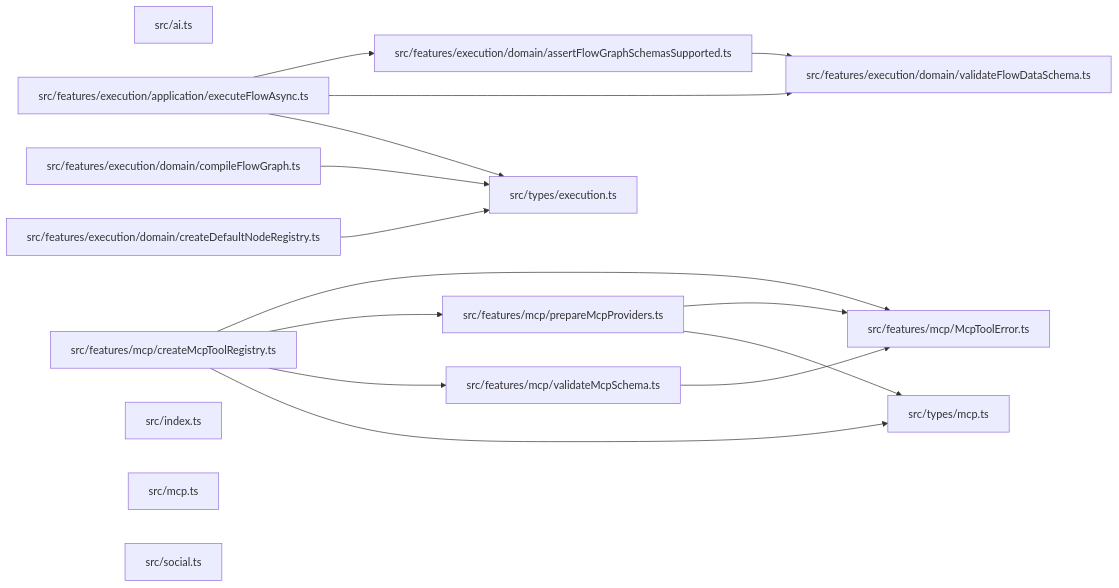
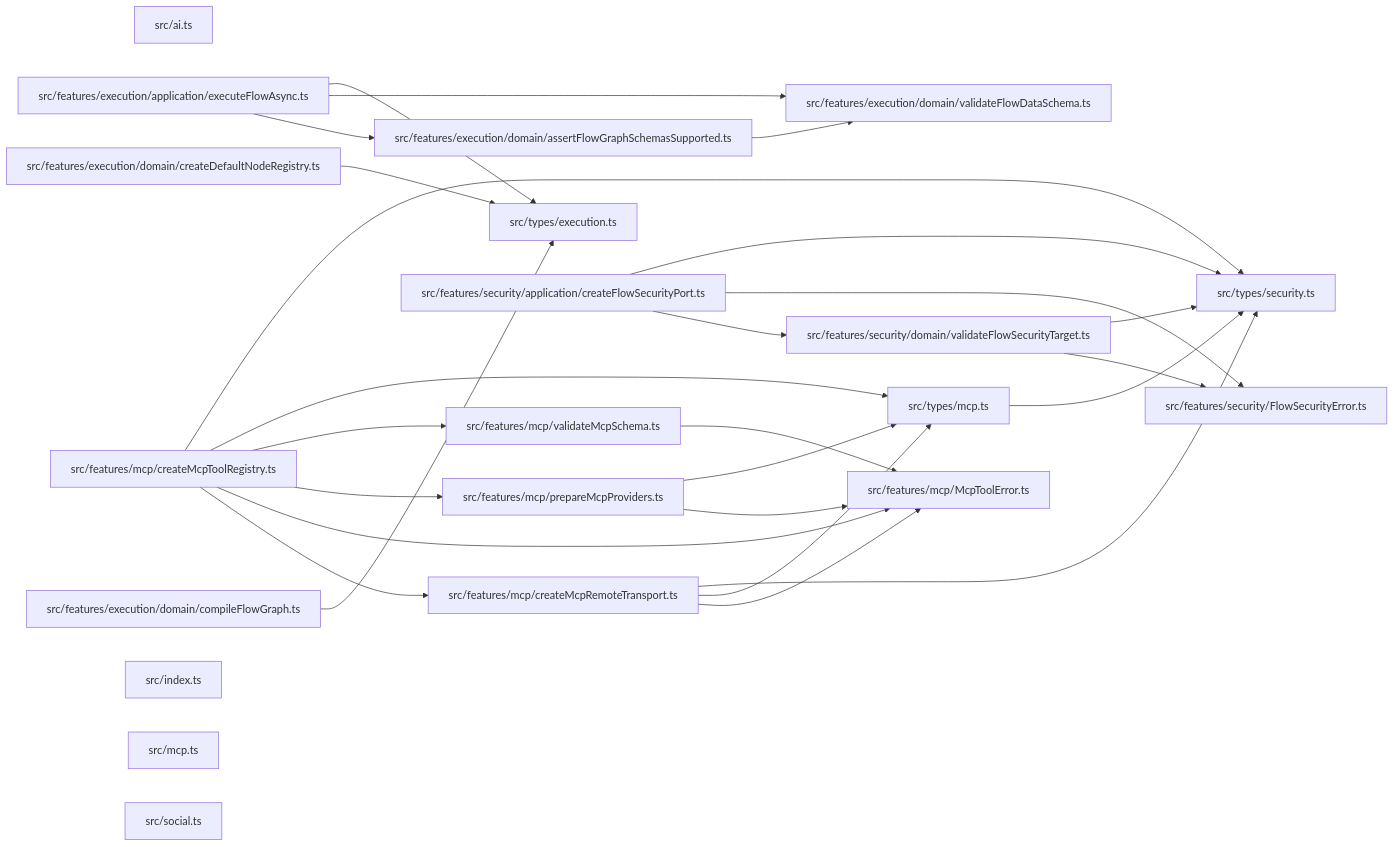
One commit to ankhorage/flow changed the diagram in paradox/diagrams/module-relationships.mmd. Above: the diagram before and after it, drawn with Mermaid. The commit also changed 11 other files, not shown here.

```diff
--- a/paradox/diagrams/module-relationships.mmd
+++ b/paradox/diagrams/module-relationships.mmd
@@ -1,29 +1,45 @@
 graph LR
   module_src_ai_ts["src/ai.ts"]
   module_src_features_execution_application_executeFlowAsync_ts["src/features/execution/application/executeFlowAsync.ts"]
   module_src_features_execution_domain_assertFlowGraphSchemasSupported_ts["src/features/execution/domain/assertFlowGraphSchemasSupported.ts"]
   module_src_features_execution_domain_compileFlowGraph_ts["src/features/execution/domain/compileFlowGraph.ts"]
   module_src_features_execution_domain_createDefaultNodeRegistry_ts["src/features/execution/domain/createDefaultNodeRegistry.ts"]
   module_src_features_execution_domain_validateFlowDataSchema_ts["src/features/execution/domain/validateFlowDataSchema.ts"]
+  module_src_features_mcp_createMcpRemoteTransport_ts["src/features/mcp/createMcpRemoteTransport.ts"]
   module_src_features_mcp_createMcpToolRegistry_ts["src/features/mcp/createMcpToolRegistry.ts"]
   module_src_features_mcp_McpToolError_ts["src/features/mcp/McpToolError.ts"]
   module_src_features_mcp_prepareMcpProviders_ts["src/features/mcp/prepareMcpProviders.ts"]
   module_src_features_mcp_validateMcpSchema_ts["src/features/mcp/validateMcpSchema.ts"]
+  module_src_features_security_application_createFlowSecurityPort_ts["src/features/security/application/createFlowSecurityPort.ts"]
+  module_src_features_security_domain_validateFlowSecurityTarget_ts["src/features/security/domain/validateFlowSecurityTarget.ts"]
+  module_src_features_security_FlowSecurityError_ts["src/features/security/FlowSecurityError.ts"]
   module_src_index_ts["src/index.ts"]
   module_src_mcp_ts["src/mcp.ts"]
   module_src_social_ts["src/social.ts"]
   module_src_types_execution_ts["src/types/execution.ts"]
   module_src_types_mcp_ts["src/types/mcp.ts"]
+  module_src_types_security_ts["src/types/security.ts"]
   module_src_features_execution_application_executeFlowAsync_ts --> module_src_features_execution_domain_assertFlowGraphSchemasSupported_ts
   module_src_features_execution_application_executeFlowAsync_ts --> module_src_features_execution_domain_validateFlowDataSchema_ts
   module_src_features_execution_application_executeFlowAsync_ts --> module_src_types_execution_ts
   module_src_features_execution_domain_assertFlowGraphSchemasSupported_ts --> module_src_features_execution_domain_validateFlowDataSchema_ts
   module_src_features_execution_domain_compileFlowGraph_ts --> module_src_types_execution_ts
   module_src_features_execution_domain_createDefaultNodeRegistry_ts --> module_src_types_execution_ts
+  module_src_features_mcp_createMcpRemoteTransport_ts --> module_src_features_mcp_McpToolError_ts
+  module_src_features_mcp_createMcpRemoteTransport_ts --> module_src_types_mcp_ts
+  module_src_features_mcp_createMcpRemoteTransport_ts --> module_src_types_security_ts
+  module_src_features_mcp_createMcpToolRegistry_ts --> module_src_features_mcp_createMcpRemoteTransport_ts
   module_src_features_mcp_createMcpToolRegistry_ts --> module_src_features_mcp_McpToolError_ts
   module_src_features_mcp_createMcpToolRegistry_ts --> module_src_features_mcp_prepareMcpProviders_ts
   module_src_features_mcp_createMcpToolRegistry_ts --> module_src_features_mcp_validateMcpSchema_ts
   module_src_features_mcp_createMcpToolRegistry_ts --> module_src_types_mcp_ts
+  module_src_features_mcp_createMcpToolRegistry_ts --> module_src_types_security_ts
   module_src_features_mcp_prepareMcpProviders_ts --> module_src_features_mcp_McpToolError_ts
   module_src_features_mcp_prepareMcpProviders_ts --> module_src_types_mcp_ts
   module_src_features_mcp_validateMcpSchema_ts --> module_src_features_mcp_McpToolError_ts
+  module_src_features_security_application_createFlowSecurityPort_ts --> module_src_features_security_domain_validateFlowSecurityTarget_ts
+  module_src_features_security_application_createFlowSecurityPort_ts --> module_src_features_security_FlowSecurityError_ts
+  module_src_features_security_application_createFlowSecurityPort_ts --> module_src_types_security_ts
+  module_src_features_security_domain_validateFlowSecurityTarget_ts --> module_src_features_security_FlowSecurityError_ts
+  module_src_features_security_domain_validateFlowSecurityTarget_ts --> module_src_types_security_ts
+  module_src_types_mcp_ts --> module_src_types_security_ts
```
